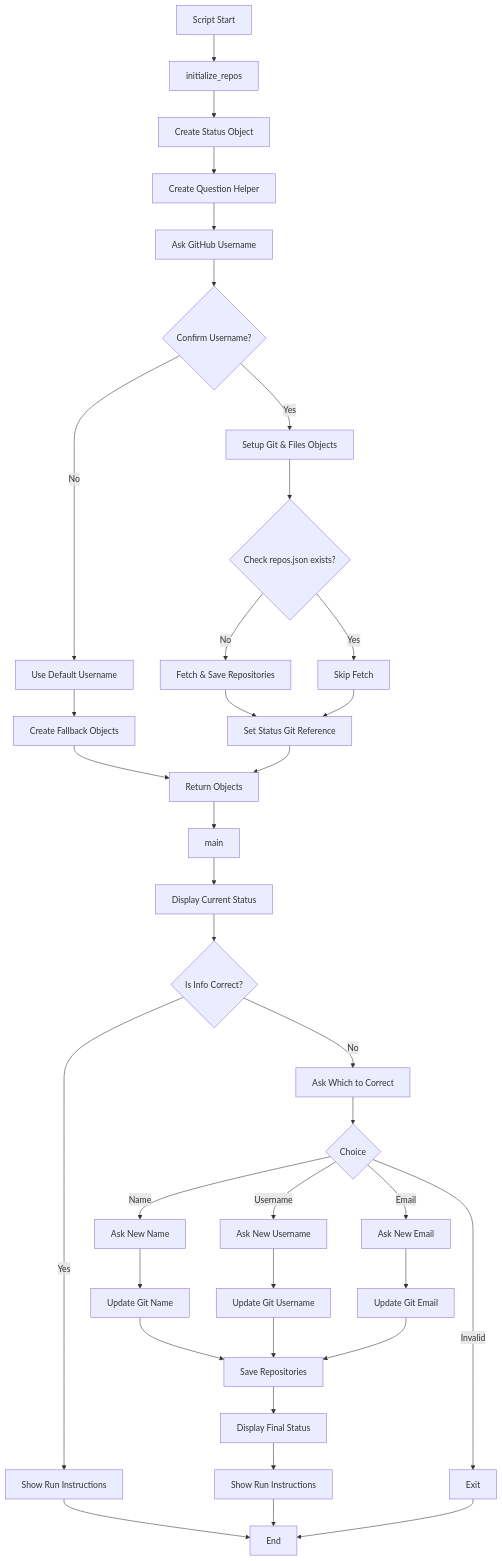
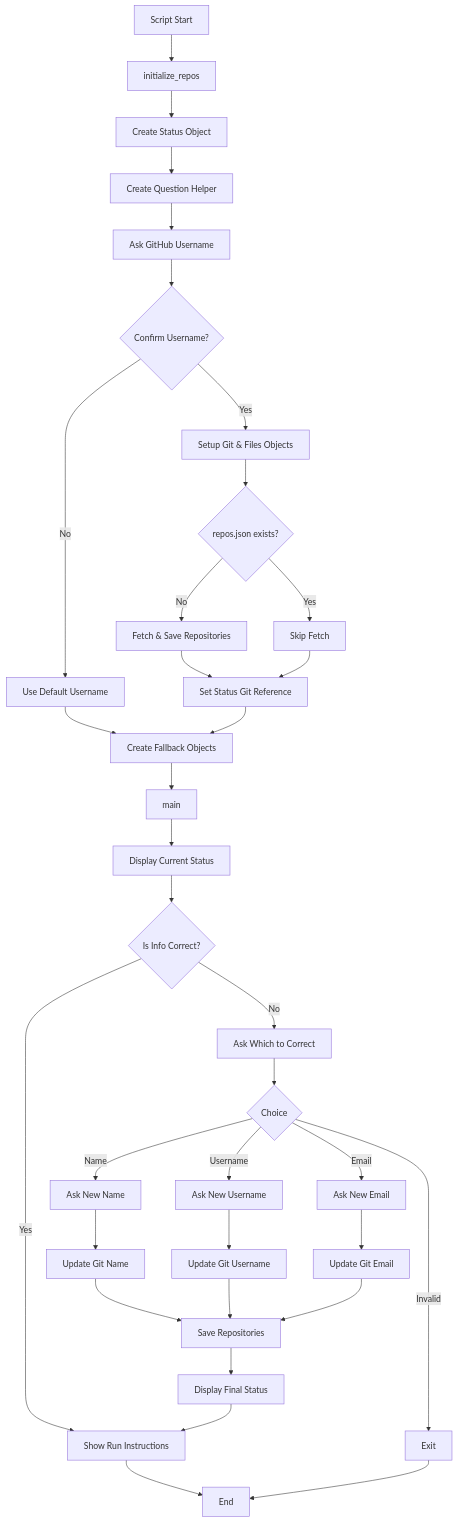
One commit to aruncs31s/Notes changed the first of 2 diagrams in 11 Classes/Python Learn By Doing/level 2.md. Above: the diagram before and after it, drawn with Mermaid. The commit also changed other lines of this file, not shown here.

Commit message:
vault backup: 2025-09-06 13:00:28

````diff
--- a/11 Classes/Python Learn By Doing/level 2.md
+++ b/11 Classes/Python Learn By Doing/level 2.md
@@ -10,39 +11,37 @@
 ```mermaid
 flowchart TD
-    A[Script Start] --> B[initialize_repos]
-    B --> C[Create Status Object]
-    C --> D[Create Question Helper]
-    D --> E[Ask GitHub Username]
-    E --> F{Confirm Username?}
-    F -->|Yes| G[Setup Git & Files Objects]
-    F -->|No| H[Use Default Username]
-    G --> I{Check repos.json exists?}
-    I -->|No| J[Fetch & Save Repositories]
-    I -->|Yes| K[Skip Fetch]
-    J --> L[Set Status Git Reference]
-    K --> L
-    H --> M[Create Fallback Objects]
-    M --> N[Return Objects]
-    L --> N
-    N --> O[main]
-    O --> P[Display Current Status]
-    P --> Q{Is Info Correct?}
-    Q -->|Yes| R[Show Run Instructions]
-    Q -->|No| S[Ask Which to Correct]
-    S --> T{Choice}
-    T -->|Name| U[Ask New Name]
-    T -->|Username| V[Ask New Username]
-    T -->|Email| W[Ask New Email]
-    T -->|Invalid| X[Exit]
-    U --> Y[Update Git Name]
-    V --> Z[Update Git Username]
-    W --> AA[Update Git Email]
-    Y --> BB[Save Repositories]
-    Z --> BB
-    AA --> BB
-    BB --> CC[Display Final Status]
-    CC --> DD[Show Run Instructions]
-    R --> EE[End]
-    DD --> EE
-    X --> EE
+   Start[Script Start] --> Init[initialize_repos]
+   Init --> StatusObj[Create Status Object]
+   StatusObj --> QHelper[Create Question Helper]
+   QHelper --> AskUser[Ask GitHub Username]
+   AskUser --> ConfirmUser{Confirm Username?}
+   ConfirmUser -- Yes --> Setup[Setup Git & Files Objects]
+   ConfirmUser -- No --> Fallback[Use Default Username]
+   Setup --> CheckRepos{repos.json exists?}
+   CheckRepos -- No --> FetchSave[Fetch & Save Repositories]
+   CheckRepos -- Yes --> SkipFetch[Skip Fetch]
+   FetchSave --> SetStatus[Set Status Git Reference]
+   SkipFetch --> SetStatus
+   Fallback --> ReturnObjs[Create Fallback Objects]
+   SetStatus --> ReturnObjs
+   ReturnObjs --> Main[main]
+   Main --> ShowStatus[Display Current Status]
+   ShowStatus --> InfoCorrect{Is Info Correct?}
+   InfoCorrect -- Yes --> RunInstr[Show Run Instructions]
+   InfoCorrect -- No --> AskCorrect[Ask Which to Correct]
+   AskCorrect --> Choice{Choice}
+   Choice -- Name --> NewName[Ask New Name]
+   Choice -- Username --> NewUser[Ask New Username]
+   Choice -- Email --> NewEmail[Ask New Email]
+   Choice -- Invalid --> Exit[Exit]
+   NewName --> UpdateName[Update Git Name]
+   NewUser --> UpdateUser[Update Git Username]
+   NewEmail --> UpdateEmail[Update Git Email]
+   UpdateName --> SaveRepos[Save Repositories]
+   UpdateUser --> SaveRepos
+   UpdateEmail --> SaveRepos
+   SaveRepos --> FinalStatus[Display Final Status]
+   FinalStatus --> RunInstr
+   RunInstr --> End[End]
+   Exit --> End
 ```
````
